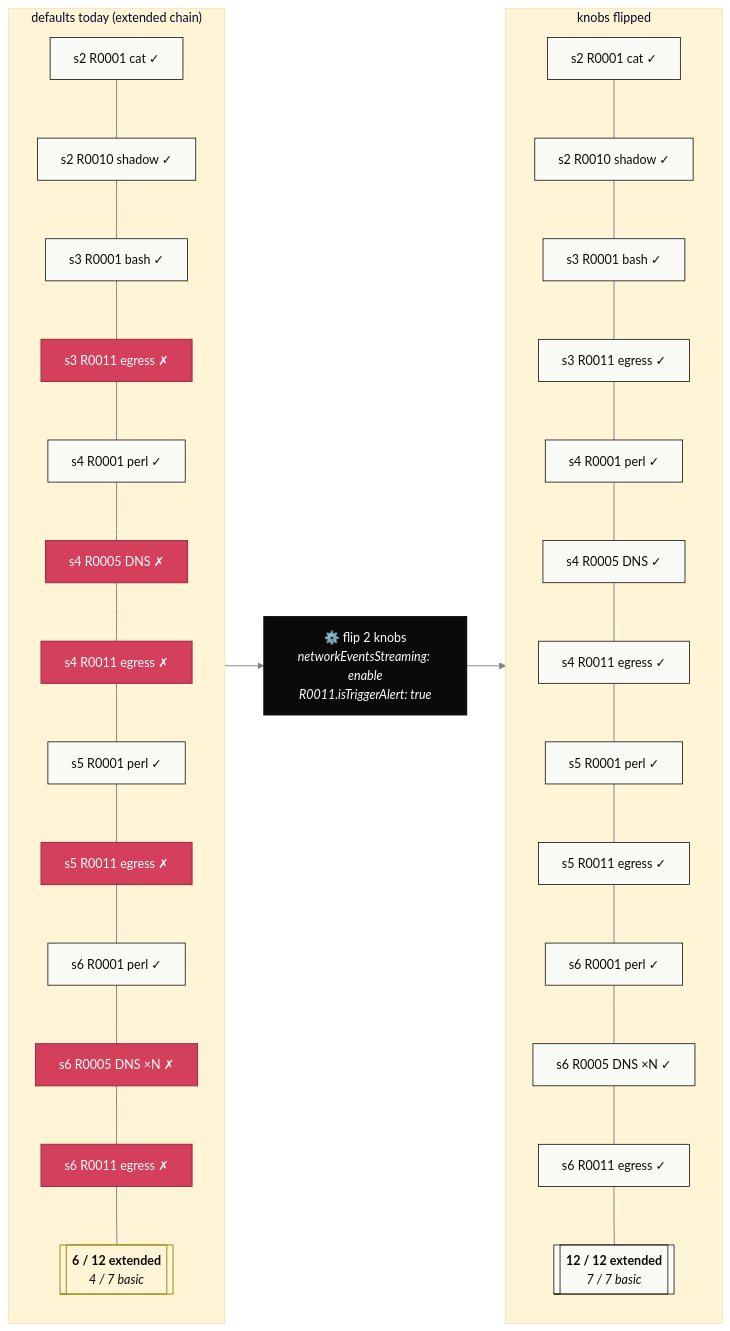
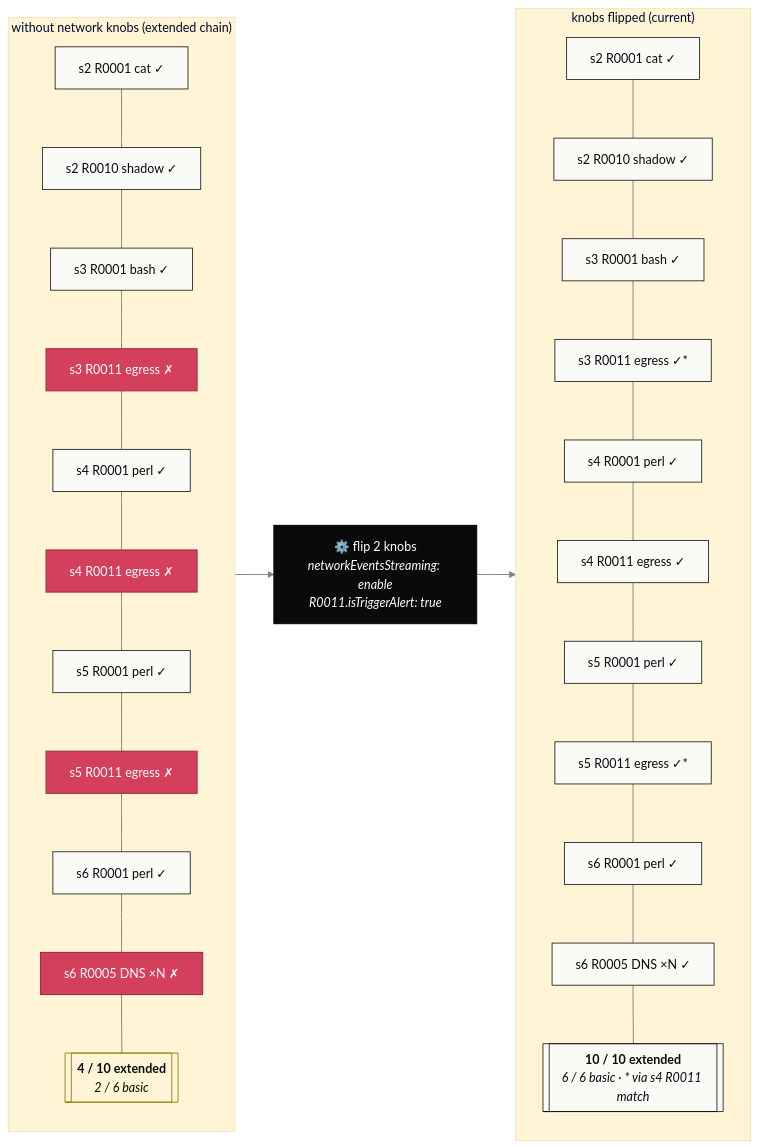
The tenth of 10 diagrams in example/chain/diagrams.md (k8sstormcenter/bob), drawn with Mermaid before and after one commit. The commit also changed other lines of this file, not shown here.

````diff
--- a/example/chain/diagrams.md
+++ b/example/chain/diagrams.md
@@ -427,50 +423,46 @@
 ```mermaid
 %%{init: {"theme":"base","themeVariables":{"primaryColor":"#C3A50D","primaryTextColor":"#0a0a0a","primaryBorderColor":"#9a8208","lineColor":"#0a0a0a","secondaryColor":"#D43F5B","tertiaryColor":"#fff5d6"}}}%%
 flowchart LR
   classDef warn fill:#D43F5B,stroke:#a03048,color:#fff,stroke-width:1.4px
   classDef ok   fill:#fafaf6,stroke:#0a0a0a,color:#0a0a0a,stroke-width:1px
   classDef cmp  fill:#fff5d6,stroke:#9a8208,color:#0a0a0a,stroke-width:1.2px
   classDef live fill:#0a0a0a,stroke:#0a0a0a,color:#fff,stroke-width:1.4px
 
-  subgraph defaults [" defaults today (extended chain) "]
+  subgraph defaults [" without network knobs (extended chain) "]
     direction TB
     a1["s2 R0001 cat ✓"]:::ok
     a2["s2 R0010 shadow ✓"]:::ok
     a3["s3 R0001 bash ✓"]:::ok
     a4["s3 R0011 egress ✗"]:::warn
     a5["s4 R0001 perl ✓"]:::ok
-    a6["s4 R0005 DNS ✗"]:::warn
     a7["s4 R0011 egress ✗"]:::warn
     a8["s5 R0001 perl ✓"]:::ok
     a9["s5 R0011 egress ✗"]:::warn
     a10["s6 R0001 perl ✓"]:::ok
     a11["s6 R0005 DNS ×N ✗"]:::warn
-    a12["s6 R0011 egress ✗"]:::warn
-    cov_a[["<b>6 / 12 extended</b><br/><i>4 / 7 basic</i>"]]:::cmp
-    a1 ~~~ a2 ~~~ a3 ~~~ a4 ~~~ a5 ~~~ a6 ~~~ a7 ~~~ a8 ~~~ a9 ~~~ a10 ~~~ a11 ~~~ a12 ~~~ cov_a
+    cov_a[["<b>4 / 10 extended</b><br/><i>2 / 6 basic</i>"]]:::cmp
+    a1 ~~~ a2 ~~~ a3 ~~~ a4 ~~~ a5 ~~~ a7 ~~~ a8 ~~~ a9 ~~~ a10 ~~~ a11 ~~~ cov_a
   end
 
   switch["⚙️ flip 2 knobs<br/><i>networkEventsStreaming: enable</i><br/><i>R0011.isTriggerAlert: true</i>"]:::live
 
-  subgraph flipped [" knobs flipped "]
+  subgraph flipped [" knobs flipped (current) "]
     direction TB
     b1["s2 R0001 cat ✓"]:::ok
     b2["s2 R0010 shadow ✓"]:::ok
     b3["s3 R0001 bash ✓"]:::ok
-    b4["s3 R0011 egress ✓"]:::ok
+    b4["s3 R0011 egress ✓*"]:::ok
     b5["s4 R0001 perl ✓"]:::ok
-    b6["s4 R0005 DNS ✓"]:::ok
     b7["s4 R0011 egress ✓"]:::ok
     b8["s5 R0001 perl ✓"]:::ok
-    b9["s5 R0011 egress ✓"]:::ok
+    b9["s5 R0011 egress ✓*"]:::ok
     b10["s6 R0001 perl ✓"]:::ok
     b11["s6 R0005 DNS ×N ✓"]:::ok
-    b12["s6 R0011 egress ✓"]:::ok
-    cov_b[["<b>12 / 12 extended</b><br/><i>7 / 7 basic</i>"]]:::ok
-    b1 ~~~ b2 ~~~ b3 ~~~ b4 ~~~ b5 ~~~ b6 ~~~ b7 ~~~ b8 ~~~ b9 ~~~ b10 ~~~ b11 ~~~ b12 ~~~ cov_b
+    cov_b[["<b>10 / 10 extended</b><br/><i>6 / 6 basic · * via s4 R0011 match</i>"]]:::ok
+    b1 ~~~ b2 ~~~ b3 ~~~ b4 ~~~ b5 ~~~ b7 ~~~ b8 ~~~ b9 ~~~ b10 ~~~ b11 ~~~ cov_b
   end
 
   defaults --> switch --> flipped
 
   linkStyle default stroke:#7a808c,stroke-width:1.2px
 ```
````
